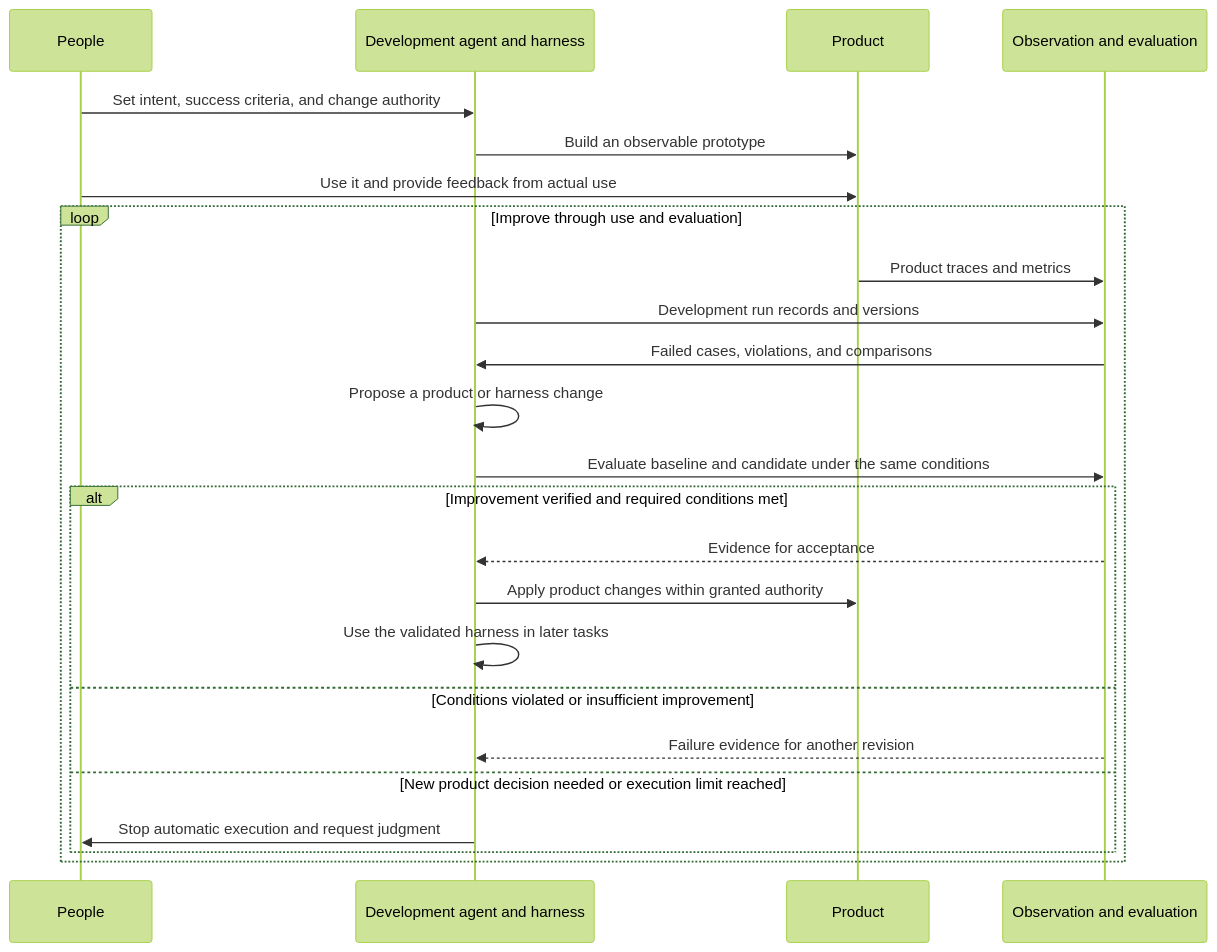
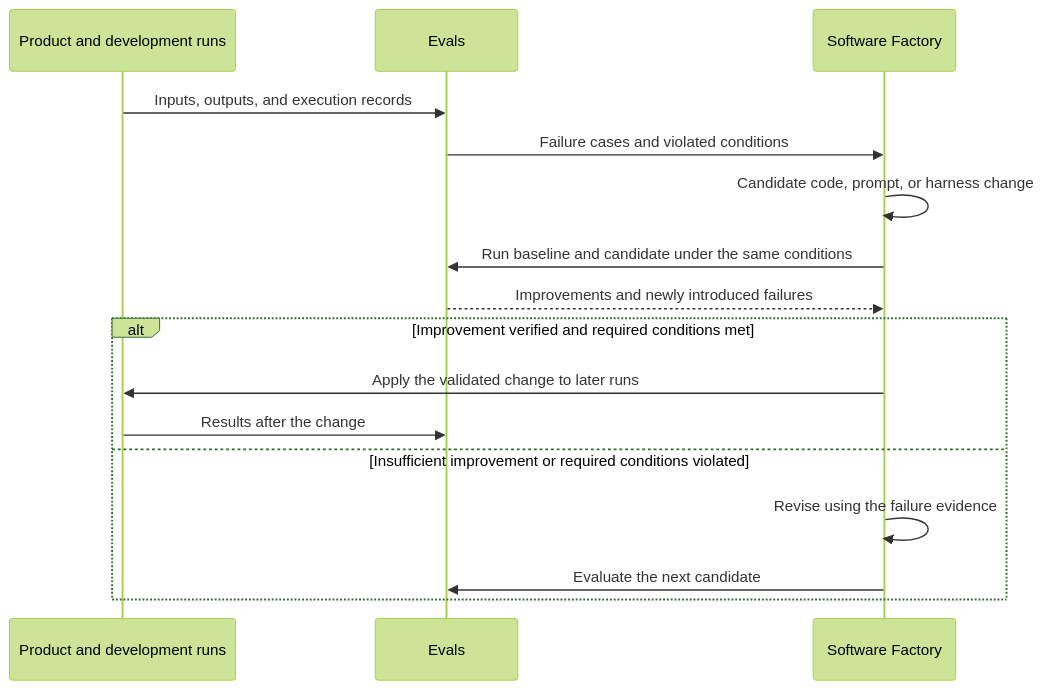
The diagram in _en/2026-10-05-software-factory-evals-and-tension-metrics.md (haandol/haandol.github.com), drawn with Mermaid (forest theme) before and after one commit. The commit also changed other lines of this file and 1 other file, not shown here.

Commit message:
docs: focus Software Factory article on Evals and KPI management

````diff
--- a/_en/2026-10-05-software-factory-evals-and-tension-metrics.md
+++ b/_en/2026-10-05-software-factory-evals-and-tension-metrics.md
@@ -93,26 +63,18 @@
 ```mermaid
 sequenceDiagram
-    participant H as People
-    participant F as Development agent and harness
-    participant P as Product
-    participant E as Observation and evaluation
-    H->>F: Set intent, success criteria, and change authority
-    F->>P: Build an observable prototype
-    H->>P: Use it and provide feedback from actual use
-    loop Improve through use and evaluation
-        P->>E: Product traces and metrics
-        F->>E: Development run records and versions
-        E->>F: Failed cases, violations, and comparisons
-        F->>F: Propose a product or harness change
-        F->>E: Evaluate baseline and candidate under the same conditions
-        alt Improvement verified and required conditions met
-            E-->>F: Evidence for acceptance
-            F->>P: Apply product changes within granted authority
-            F->>F: Use the validated harness in later tasks
-        else Conditions violated or insufficient improvement
-            E-->>F: Failure evidence for another revision
-        else New product decision needed or execution limit reached
-            F->>H: Stop automatic execution and request judgment
-        end
+    participant P as Product and development runs
+    participant E as Evals
+    participant F as Software Factory
+    P->>E: Inputs, outputs, and execution records
+    E->>F: Failure cases and violated conditions
+    F->>F: Candidate code, prompt, or harness change
+    F->>E: Run baseline and candidate under the same conditions
+    E-->>F: Improvements and newly introduced failures
+    alt Improvement verified and required conditions met
+        F->>P: Apply the validated change to later runs
+        P->>E: Results after the change
+    else Insufficient improvement or required conditions violated
+        F->>F: Revise using the failure evidence
+        F->>E: Evaluate the next candidate
     end
 ```
````
